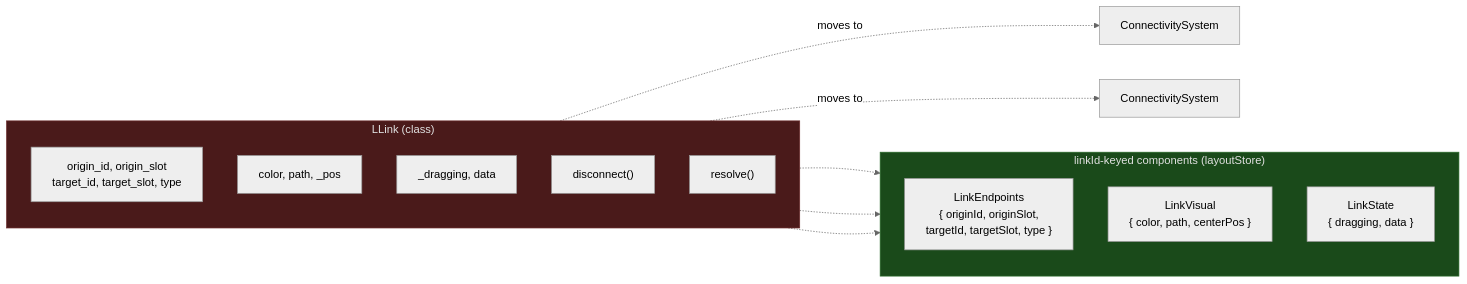
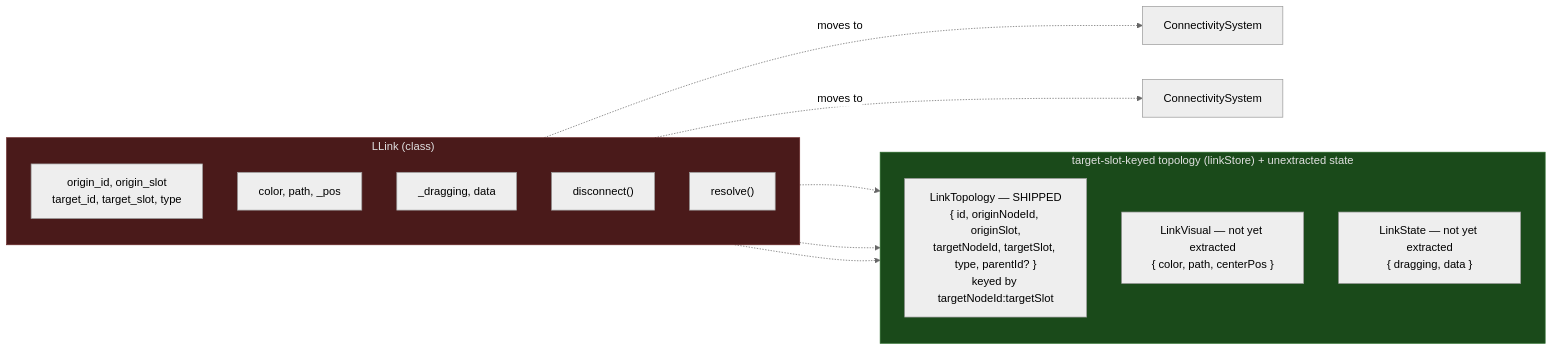
One commit to Comfy-Org/ComfyUI_frontend changed the fourth of 12 diagrams in docs/architecture/ecs-target-architecture.md. Above: the diagram before and after it, drawn with Mermaid (neutral theme). The commit also changed other lines of this file and 9 other files, not shown here.

First line of the commit message:
docs: align ECS architecture records with shipped link/reroute stores

````diff
--- a/docs/architecture/ecs-target-architecture.md
+++ b/docs/architecture/ecs-target-architecture.md
@@ -168,32 +185,33 @@
 ```mermaid
 graph LR
     subgraph Before["LLink (class)"]
         direction TB
         B1["origin_id, origin_slot
 target_id, target_slot, type"]
         B2["color, path, _pos"]
         B3["_dragging, data"]
         B4["disconnect()"]
         B5["resolve()"]
     end
 
-    subgraph After["linkId-keyed components (layoutStore)"]
+    subgraph After["target-slot-keyed topology (linkStore) + unextracted state"]
         direction TB
-        A1["LinkEndpoints
-{ originId, originSlot,
-targetId, targetSlot, type }"]
-        A2["LinkVisual
+        A1["LinkTopology — SHIPPED
+{ id, originNodeId, originSlot,
+targetNodeId, targetSlot, type, parentId? }
+keyed by targetNodeId:targetSlot"]
+        A2["LinkVisual — not yet extracted
 { color, path, centerPos }"]
-        A3["LinkState
+        A3["LinkState — not yet extracted
 { dragging, data }"]
     end
 
     B1 -.-> A1
     B2 -.-> A2
     B3 -.-> A3
     B4 -.->|"moves to"| SYS1["ConnectivitySystem"]
     B5 -.->|"moves to"| SYS2["ConnectivitySystem"]
 
     style Before fill:#4a1a1a,stroke:#6a2a2a,color:#e0e0e0
     style After fill:#1a4a1a,stroke:#2a6a2a,color:#e0e0e0
 ```
````
